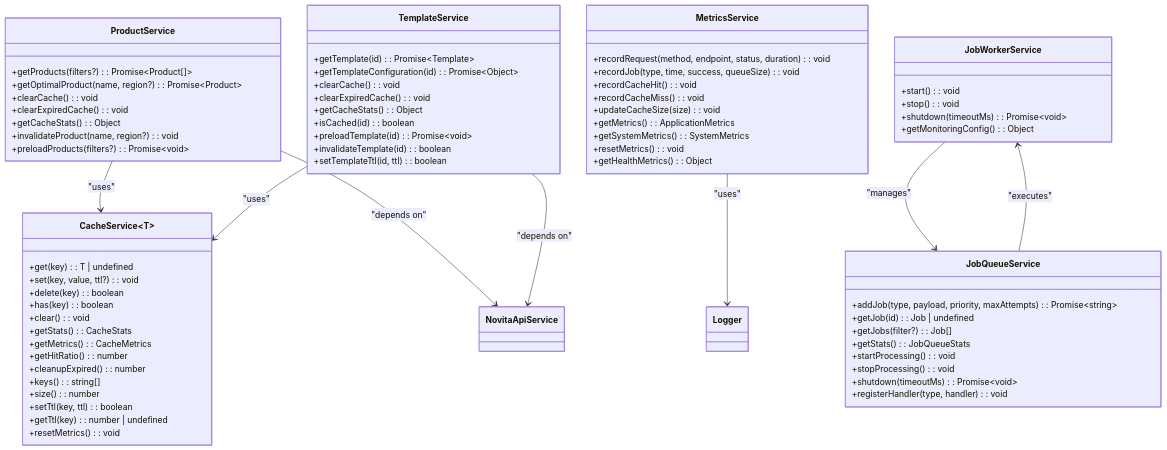
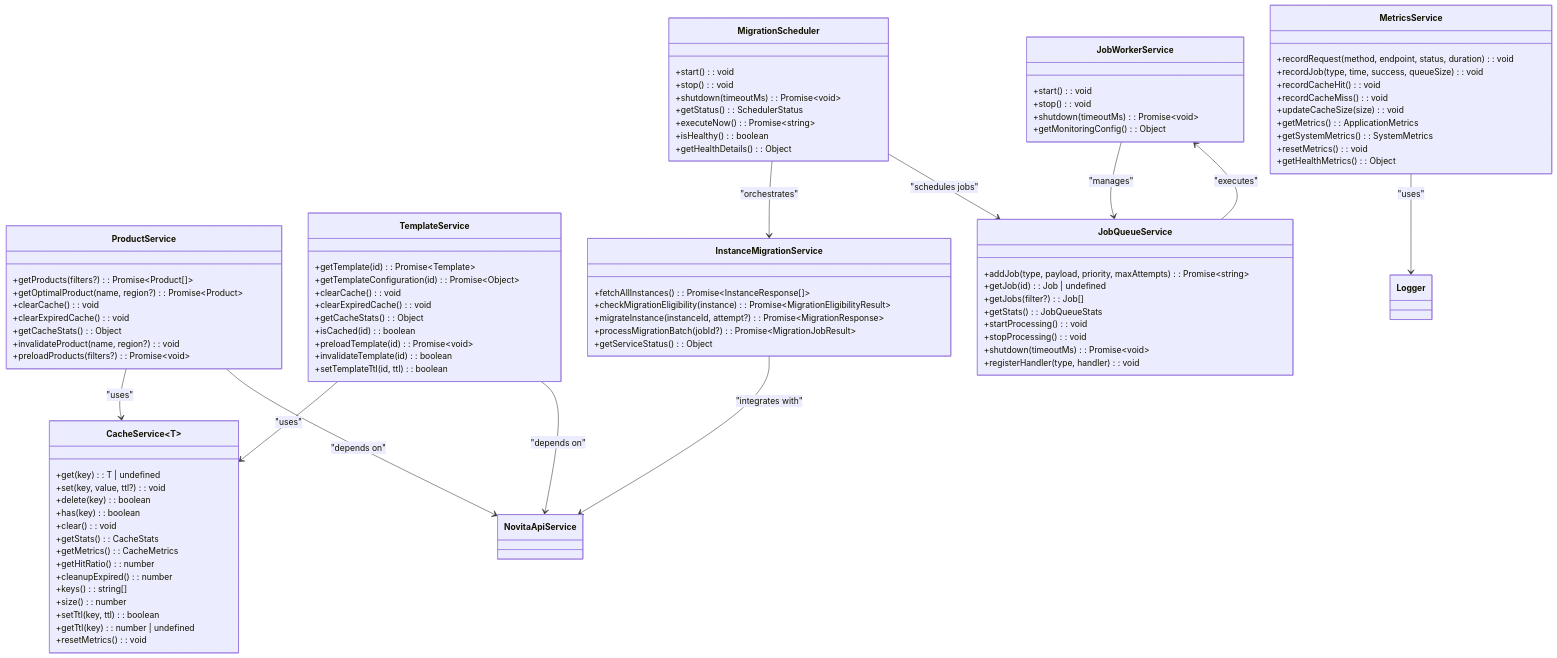
The fifth of 9 diagrams in .qoder/repowiki/en/content/Service Architecture/Service Architecture.md (sontl/novita-ai-api), drawn with Mermaid before and after one commit. The commit also changed other lines of this file and 76 other files, not shown here.

````diff
--- a/.qoder/repowiki/en/content/Service Architecture/Service Architecture.md
+++ b/.qoder/repowiki/en/content/Service Architecture/Service Architecture.md
@@ -298,6 +311,22 @@
 +shutdown(timeoutMs) : Promise~void~
 +registerHandler(type, handler) : void
 }
+class MigrationScheduler {
++start() : void
++stop() : void
++shutdown(timeoutMs) : Promise~void~
++getStatus() : SchedulerStatus
++executeNow() : Promise~string~
++isHealthy() : boolean
++getHealthDetails() : Object
+}
+class InstanceMigrationService {
++fetchAllInstances() : Promise~InstanceResponse[]~
++checkMigrationEligibility(instance) : Promise~MigrationEligibilityResult~
++migrateInstance(instanceId, attempt?) : Promise~MigrationResponse~
++processMigrationBatch(jobId?) : Promise~MigrationJobResult~
++getServiceStatus() : Object
+}
 ProductService --> CacheService : "uses"
 TemplateService --> CacheService : "uses"
 ProductService --> NovitaApiService : "depends on"
@@ -305,4 +334,7 @@
 MetricsService --> Logger : "uses"
 JobWorkerService --> JobQueueService : "manages"
 JobQueueService --> JobWorkerService : "executes"
+MigrationScheduler --> InstanceMigrationService : "orchestrates"
+MigrationScheduler --> JobQueueService : "schedules jobs"
+InstanceMigrationService --> NovitaApiService : "integrates with"
 ```
````
